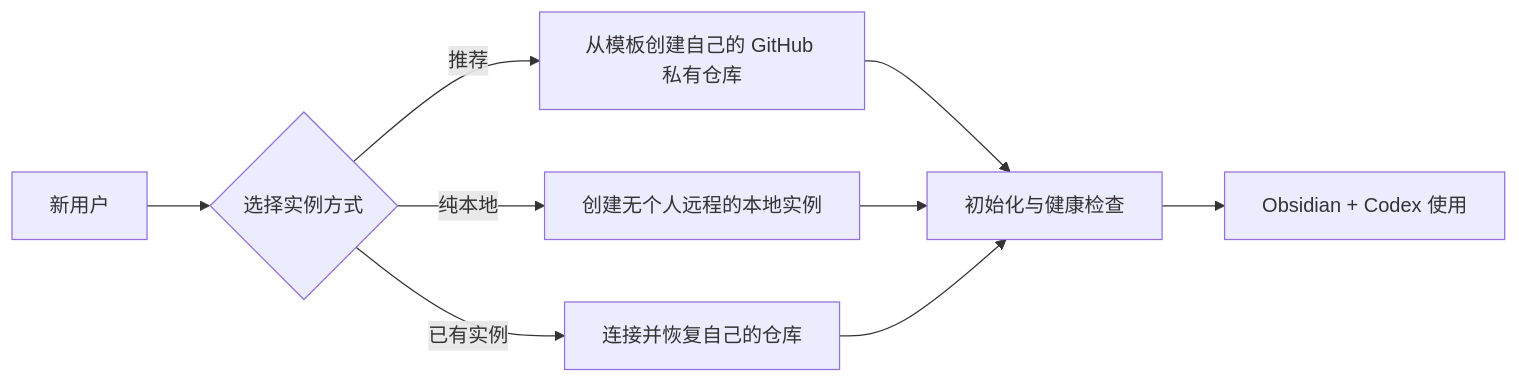
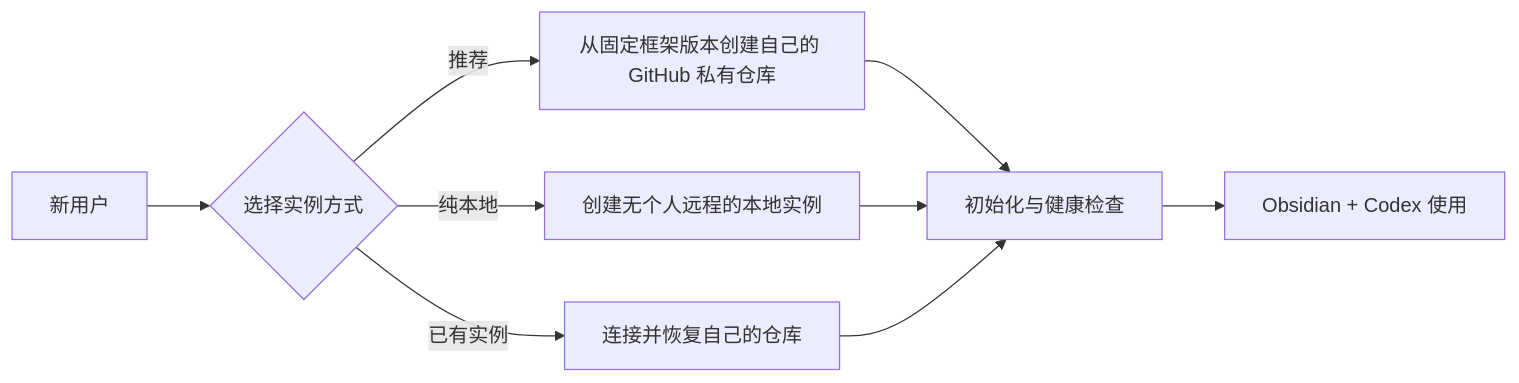
The diagram in README.md (MaybeToSure/KnowledgeHub-Setup), drawn with Mermaid before and after one commit. The commit also changed other lines of this file and 4 other files, not shown here.

````diff
--- a/README.md
+++ b/README.md
@@ -7,11 +7,11 @@
 ```mermaid
 flowchart LR
     A["新用户"] --> B{"选择实例方式"}
-    B -->|"推荐"| C["从模板创建自己的 GitHub 私有仓库"]
+    B -->|"推荐"| C["从固定框架版本创建自己的 GitHub 私有仓库"]
     B -->|"纯本地"| D["创建无个人远程的本地实例"]
     B -->|"已有实例"| E["连接并恢复自己的仓库"]
     C --> F["初始化与健康检查"]
     D --> F
     E --> F
     F --> G["Obsidian + Codex 使用"]
 ```
````
